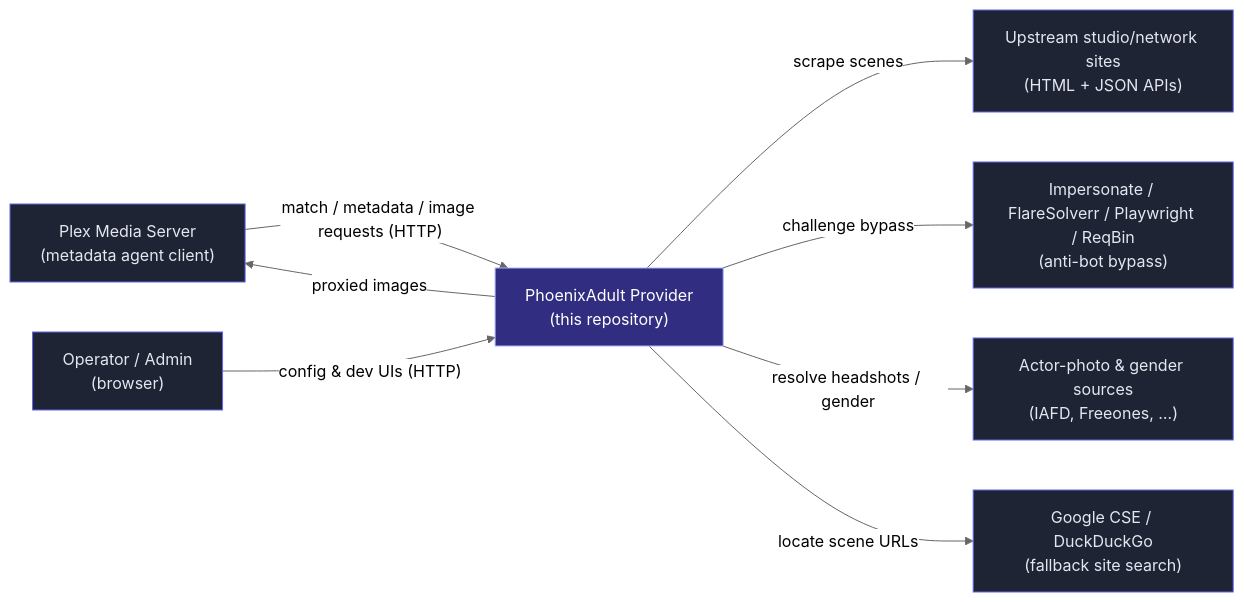
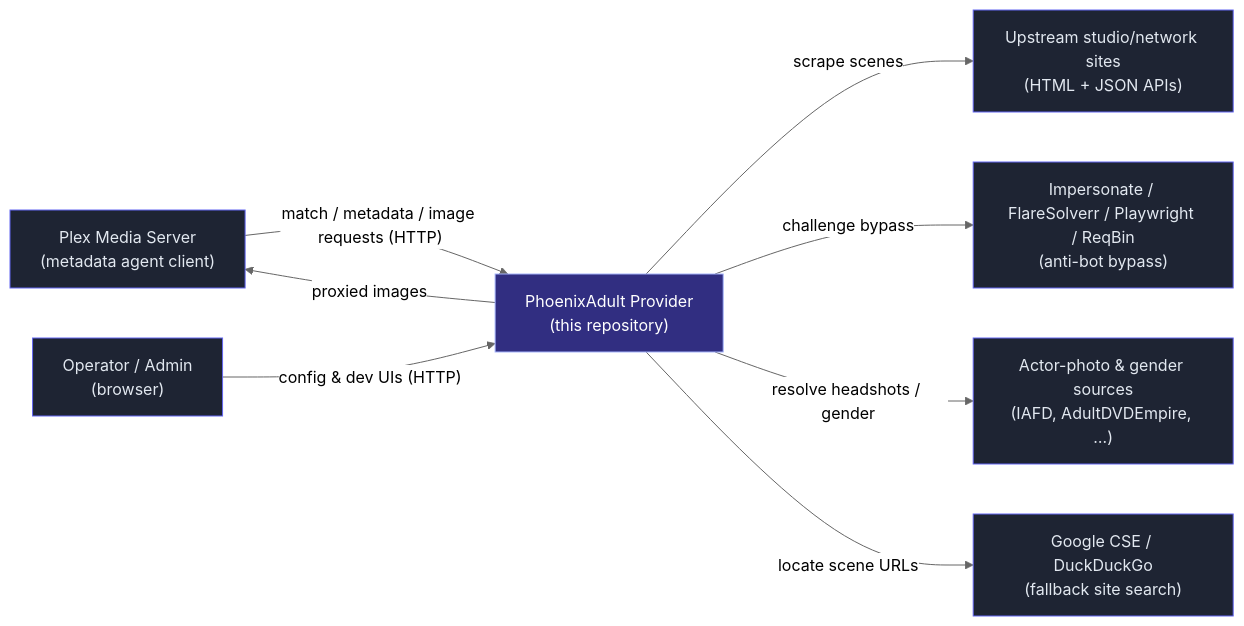
The first of 21 diagrams in docs/DESIGN.md (PhoenixAdultProvider/PhoenixAdult), drawn with Mermaid (neutral theme) before and after one commit. The commit also changed other lines of this file and 11 other files, not shown here.

First line of the commit message:
refactor(people): retire the Freeones and JAVBus headshot sources

````diff
--- a/docs/DESIGN.md
+++ b/docs/DESIGN.md
@@ -33,23 +33,23 @@
 ```mermaid
 flowchart LR
   classDef ext fill:#1e2433,stroke:#6366f1,color:#e2e8f0;
   classDef sys fill:#312e81,stroke:#a5b4fc,color:#fff;
 
   plex["Plex Media Server<br/>(metadata agent client)"]:::ext
   op["Operator / Admin<br/>(browser)"]:::ext
 
   sys["PhoenixAdult Provider<br/>(this repository)"]:::sys
 
   sites["Upstream studio/network sites<br/>(HTML + JSON APIs)"]:::ext
   flare["Impersonate / FlareSolverr / Playwright / ReqBin<br/>(anti-bot bypass)"]:::ext
-  photos["Actor-photo & gender sources<br/>(IAFD, Freeones, …)"]:::ext
+  photos["Actor-photo & gender sources<br/>(IAFD, AdultDVDEmpire, …)"]:::ext
   websearch["Google CSE / DuckDuckGo<br/>(fallback site search)"]:::ext
 
   plex -- "match / metadata / image requests (HTTP)" --> sys
   op -- "config & dev UIs (HTTP)" --> sys
   sys -- "scrape scenes" --> sites
   sys -- "challenge bypass" --> flare
   sys -- "resolve headshots / gender" --> photos
   sys -- "locate scene URLs" --> websearch
   sys -- "proxied images" --> plex
 ```
````
